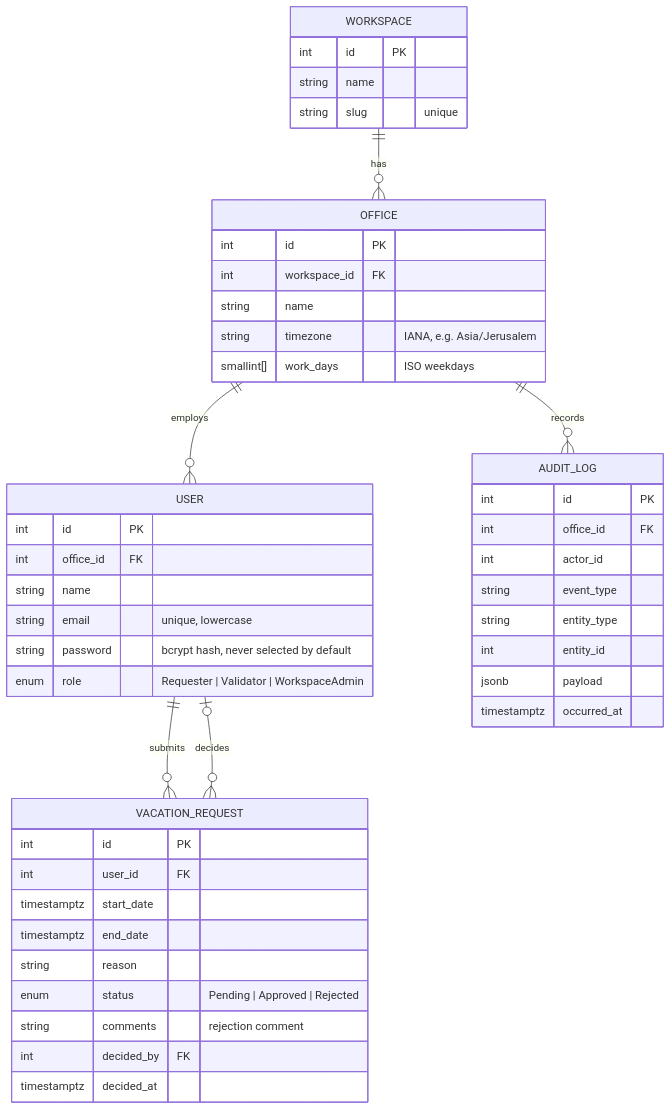
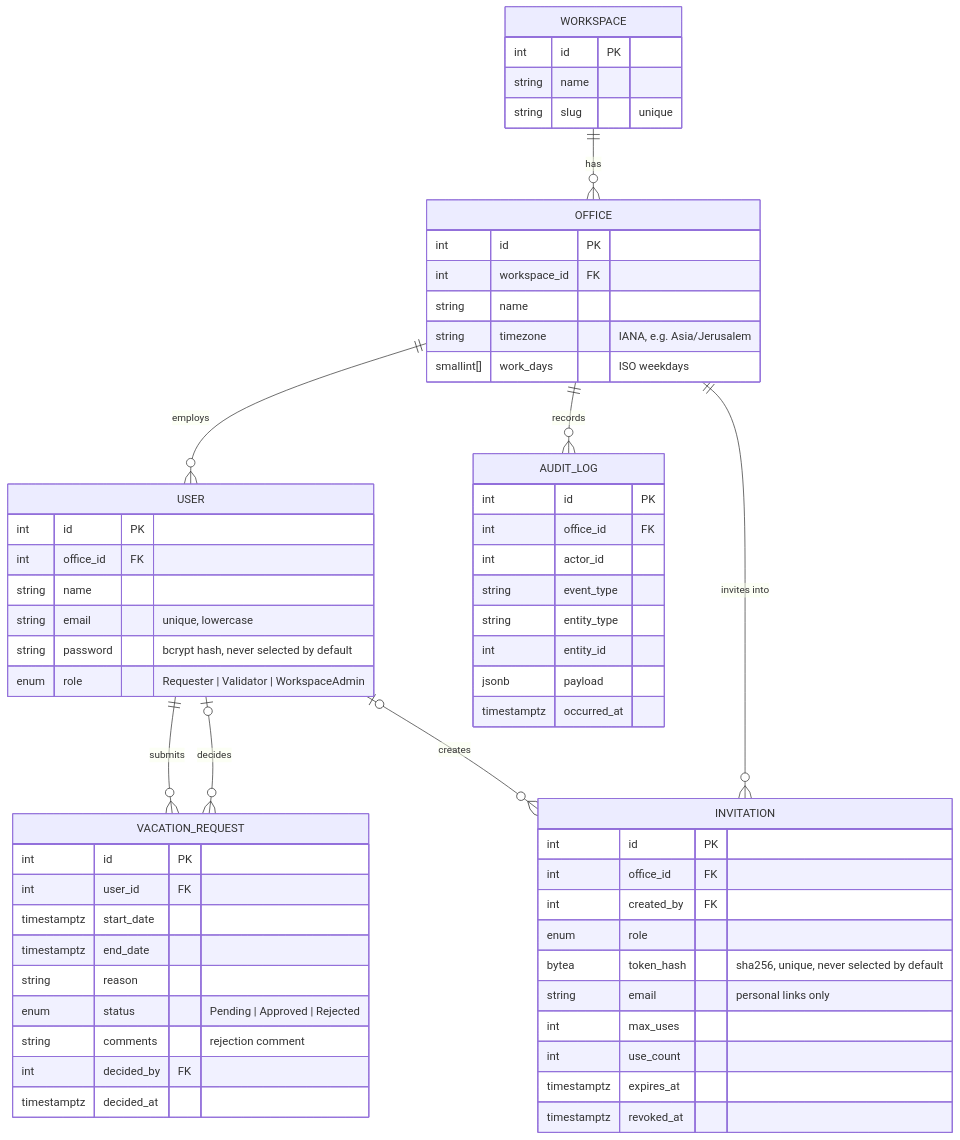
The eighth of 11 diagrams in README.md (Roni750/Offday), drawn with Mermaid before and after one commit. The commit also changed other lines of this file and 2 other files, not shown here.

Commit message:
docs: document invite links (contract, ADR 14, README)

````diff
--- a/README.md
+++ b/README.md
@@ -354,40 +355,52 @@
 ```mermaid
 erDiagram
     WORKSPACE ||--o{ OFFICE : has
     OFFICE ||--o{ USER : employs
     USER ||--o{ VACATION_REQUEST : submits
     USER |o--o{ VACATION_REQUEST : decides
     OFFICE ||--o{ AUDIT_LOG : records
+    OFFICE ||--o{ INVITATION : "invites into"
+    USER |o--o{ INVITATION : creates
 
     WORKSPACE { int id PK
         string name
         string slug "unique" }
     OFFICE { int id PK
         int workspace_id FK
         string name
         string timezone "IANA, e.g. Asia/Jerusalem"
         smallint[] work_days "ISO weekdays" }
     USER { int id PK
         int office_id FK
         string name
         string email "unique, lowercase"
         string password "bcrypt hash, never selected by default"
         enum role "Requester | Validator | WorkspaceAdmin" }
     VACATION_REQUEST { int id PK
         int user_id FK
         timestamptz start_date
         timestamptz end_date
         string reason
         enum status "Pending | Approved | Rejected"
         string comments "rejection comment"
         int decided_by FK
         timestamptz decided_at }
     AUDIT_LOG { int id PK
         int office_id FK
         int actor_id
         string event_type
         string entity_type
         int entity_id
         jsonb payload
         timestamptz occurred_at }
+    INVITATION { int id PK
+        int office_id FK
+        int created_by FK
+        enum role
+        bytea token_hash "sha256, unique, never selected by default"
+        string email "personal links only"
+        int max_uses
+        int use_count
+        timestamptz expires_at
+        timestamptz revoked_at }
 ```
````
